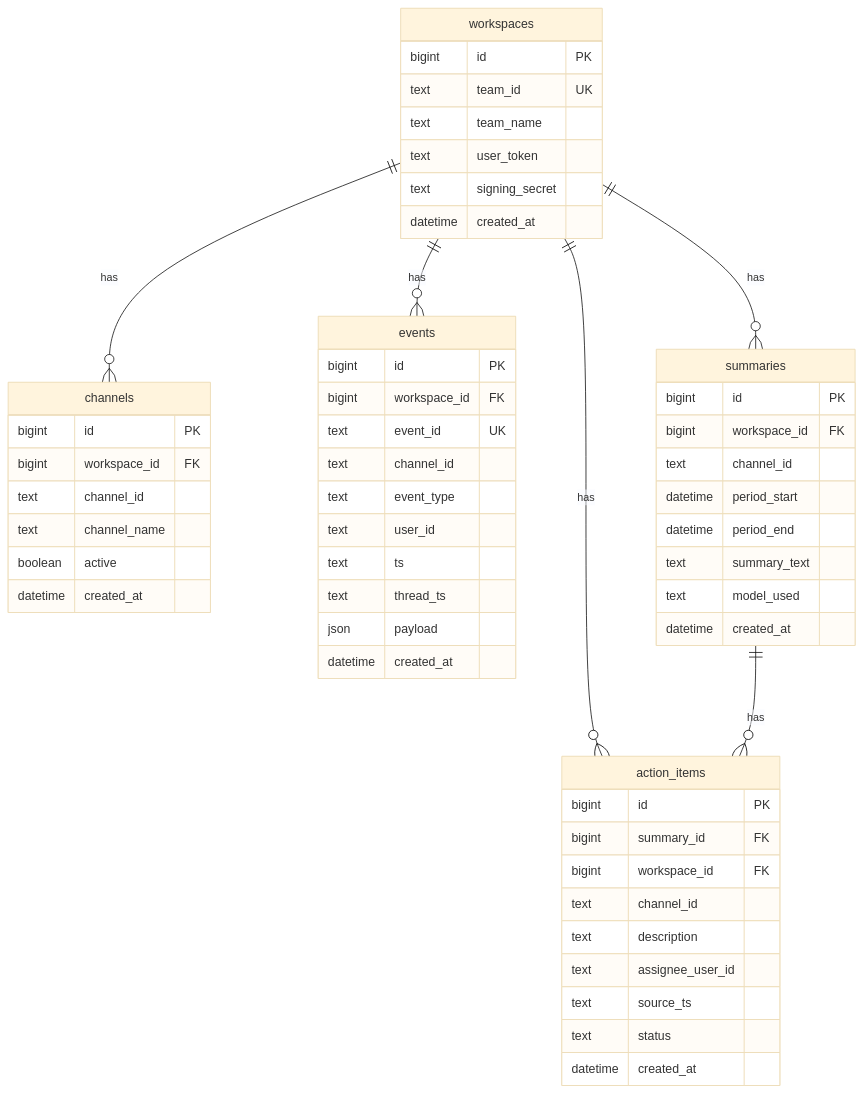
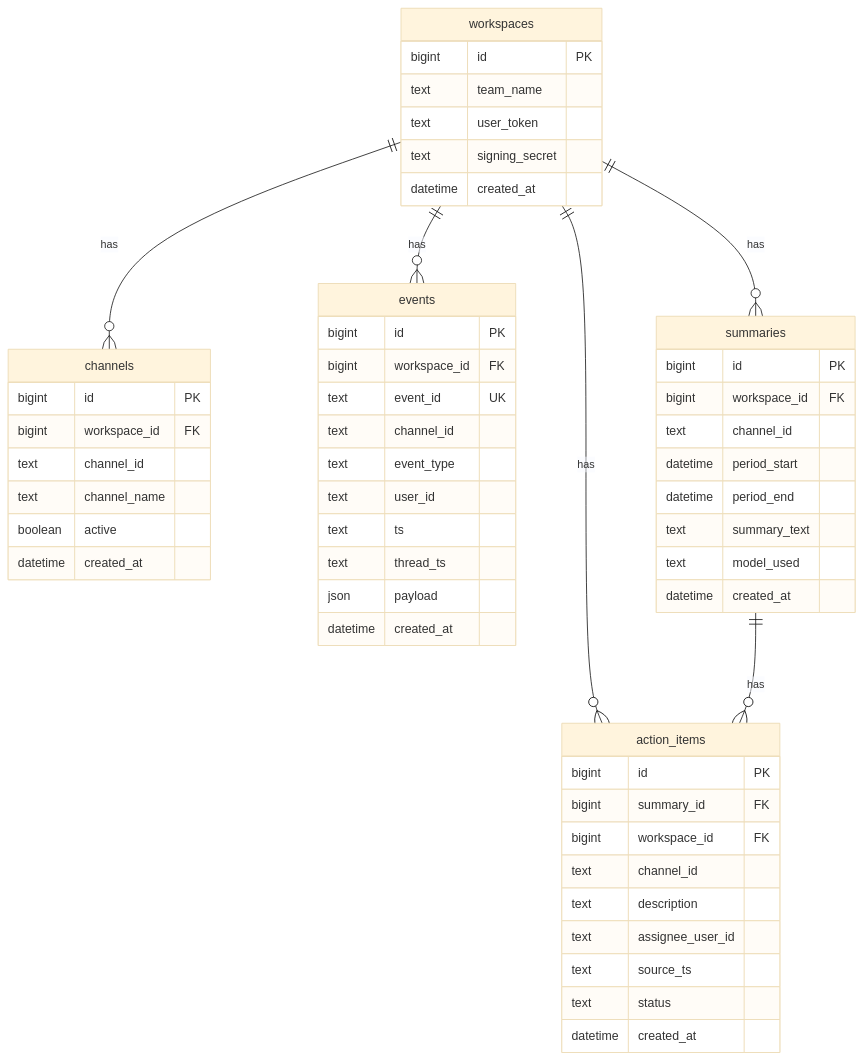
One commit to achan/slack-summary changed the diagram in schema.mermaid. Above: the diagram before and after it, drawn with Mermaid (base theme). The commit also changed 74 other files, not shown here.

```diff
--- a/schema.mermaid
+++ b/schema.mermaid
@@ -1,60 +1,59 @@
 erDiagram
     workspaces {
         bigint id PK
-        text team_id UK
         text team_name
         text user_token
         text signing_secret
         datetime created_at
     }
 
     channels {
         bigint id PK
         bigint workspace_id FK
         text channel_id
         text channel_name
         boolean active
         datetime created_at
     }
 
     events {
         bigint id PK
         bigint workspace_id FK
         text event_id UK
         text channel_id
         text event_type
         text user_id
         text ts
         text thread_ts
         json payload
         datetime created_at
     }
 
     summaries {
         bigint id PK
         bigint workspace_id FK
         text channel_id
         datetime period_start
         datetime period_end
         text summary_text
         text model_used
         datetime created_at
     }
 
     action_items {
         bigint id PK
         bigint summary_id FK
         bigint workspace_id FK
         text channel_id
         text description
         text assignee_user_id
         text source_ts
         text status
         datetime created_at
     }
 
     workspaces ||--o{ channels : "has"
     workspaces ||--o{ events : "has"
     workspaces ||--o{ summaries : "has"
     workspaces ||--o{ action_items : "has"
     summaries ||--o{ action_items : "has"
```
